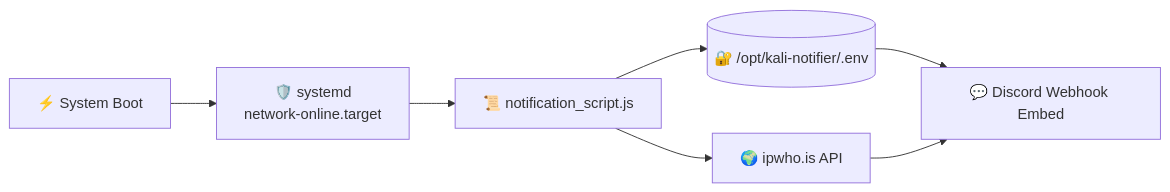
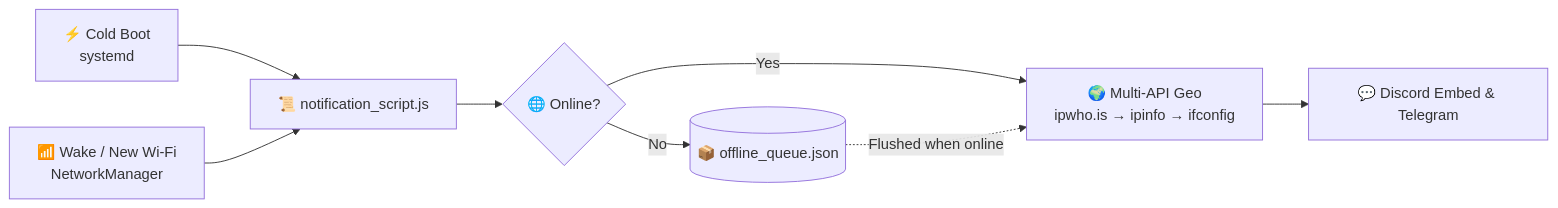
Before and after one commit to qaurav/kali-startup-notifier: the diagram in README.md, drawn with Mermaid. The commit also changed other lines of this file and 6 other files, not shown here.

Commit message:
Release v2.0: multi-API geo fallback, offline queue, NetworkManager wake/Wi-Fi hook, and battery/SSID telemetry

````diff
--- a/README.md
+++ b/README.md
@@ -37,8 +49,10 @@
 ```mermaid
 flowchart LR
-    A[⚡ System Boot] --> B[🛡️ systemd<br/>network-online.target]
-    B --> C[📜 notification_script.js]
-    C --> D[(🔐 /opt/kali-notifier/.env)]
-    C --> E[🌍 ipwho.is API]
-    D & E --> F[💬 Discord Webhook Embed]
+    A[⚡ Cold Boot<br/>systemd] --> C[📜 notification_script.js]
+    B[📶 Wake / New Wi-Fi<br/>NetworkManager] --> C
+    C --> D{🌐 Online?}
+    D -- No --> E[(📦 offline_queue.json)]
+    D -- Yes --> F[🌍 Multi-API Geo<br/>ipwho.is → ipinfo → ifconfig]
+    E -. Flushed when online .-> F
+    F --> G[💬 Discord Embed & Telegram]
 ```
````
